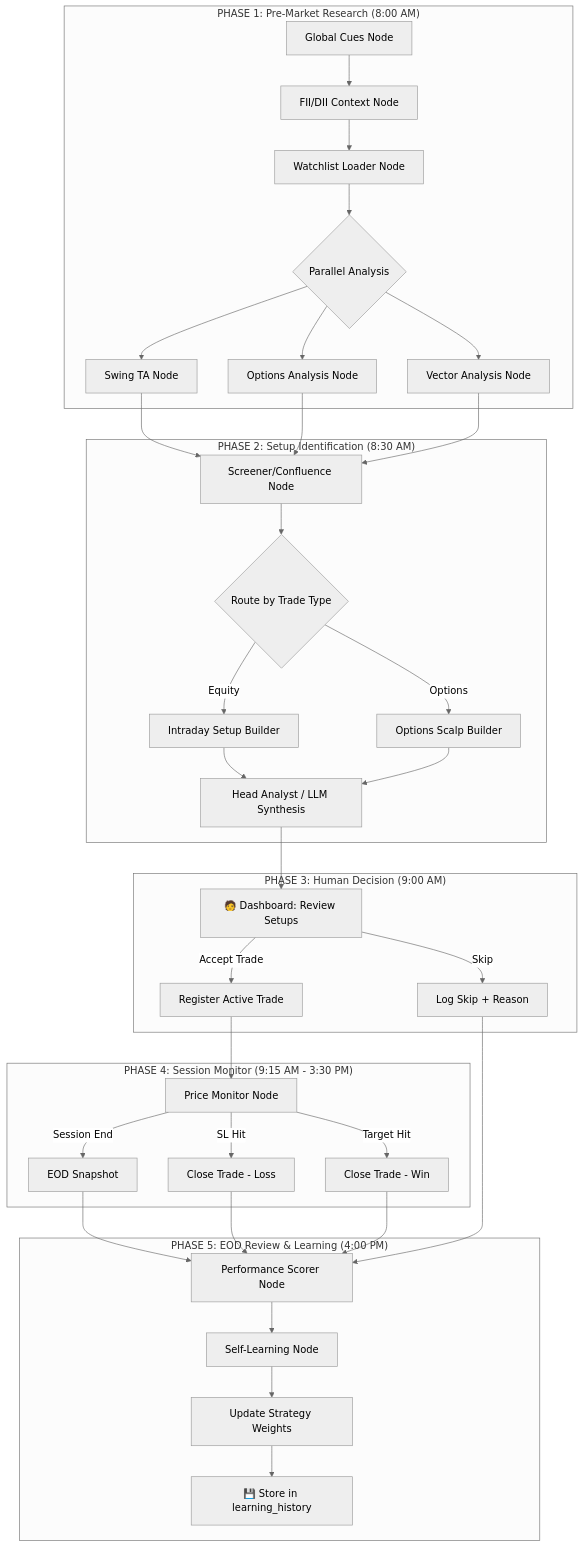
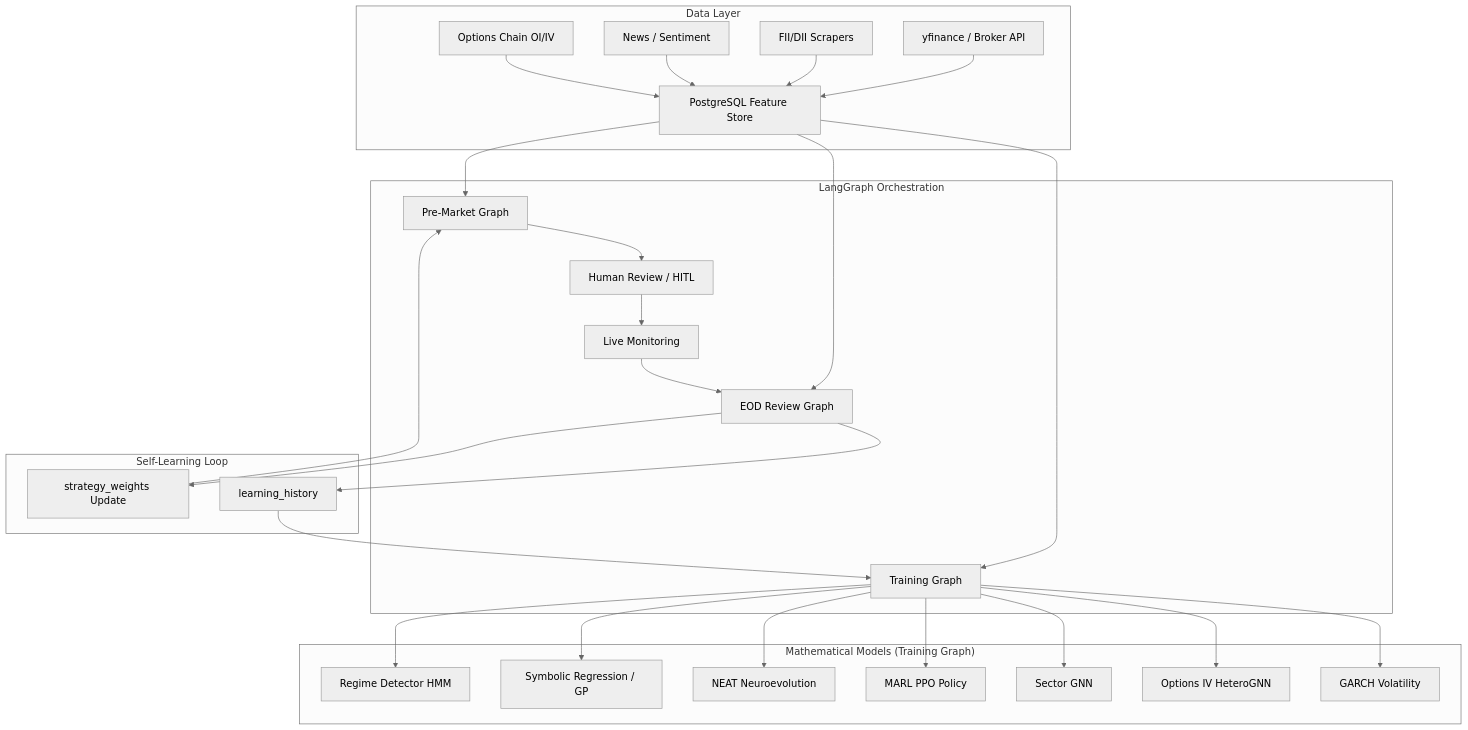
One commit to RahulSingh225/Timm changed the diagram in implementation_plan.md. Above: the diagram before and after it, drawn with Mermaid (neutral theme). The commit also changed other lines of this file, not shown here.

````diff
--- a/implementation_plan.md
+++ b/implementation_plan.md
@@ -29,45 +9,35 @@
 ```mermaid
 graph TB
-    subgraph "PHASE 1: Pre-Market Research (8:00 AM)"
-        A[Global Cues Node] --> B[FII/DII Context Node]
-        B --> C[Watchlist Loader Node]
-        C --> D{Parallel Analysis}
-        D --> E[Swing TA Node]
-        D --> F[Options Analysis Node]
-        D --> G[Vector Analysis Node]
+    subgraph "Data Layer"
+        A[yfinance / Broker API] --> B[PostgreSQL Feature Store]
+        C[FII/DII Scrapers] --> B
+        D[News / Sentiment] --> B
+        E[Options Chain OI/IV] --> B
     end
 
-    subgraph "PHASE 2: Setup Identification (8:30 AM)"
-        E --> H[Screener/Confluence Node]
-        F --> H
-        G --> H
-        H --> I{Route by Trade Type}
-        I -->|Equity| J[Intraday Setup Builder]
-        I -->|Options| K[Options Scalp Builder]
-        J --> L[Head Analyst / LLM Synthesis]
-        K --> L
+    subgraph "LangGraph Orchestration"
+        B --> F[Pre-Market Graph]
+        B --> G[Training Graph]
+        B --> H[EOD Review Graph]
+        F --> I[Human Review / HITL]
+        I --> J[Live Monitoring]
+        J --> H
     end
 
-    subgraph "PHASE 3: Human Decision (9:00 AM)"
-        L --> M["🧑 Dashboard: Review Setups"]
-        M -->|Accept Trade| N[Register Active Trade]
-        M -->|Skip| O[Log Skip + Reason]
+    subgraph "Mathematical Models (Training Graph)"
+        G --> K[Regime Detector HMM]
+        G --> L[Symbolic Regression / GP]
+        G --> M[NEAT Neuroevolution]
+        G --> N[MARL PPO Policy]
+        G --> O[Sector GNN]
+        G --> P[Options IV HeteroGNN]
+        G --> Q[GARCH Volatility]
     end
 
-    subgraph "PHASE 4: Session Monitor (9:15 AM - 3:30 PM)"
-        N --> P[Price Monitor Node]
-        P -->|SL Hit| Q[Close Trade - Loss]
-        P -->|Target Hit| R[Close Trade - Win]
-        P -->|Session End| S[EOD Snapshot]
-    end
-
-    subgraph "PHASE 5: EOD Review & Learning (4:00 PM)"
-        S --> T[Performance Scorer Node]
-        Q --> T
-        R --> T
-        O --> T
-        T --> U[Self-Learning Node]
-        U --> V[Update Strategy Weights]
-        V --> W["💾 Store in learning_history"]
+    subgraph "Self-Learning Loop"
+        H --> R[strategy_weights Update]
+        H --> S[learning_history]
+        S --> G
+        R --> F
     end
 ```
````
